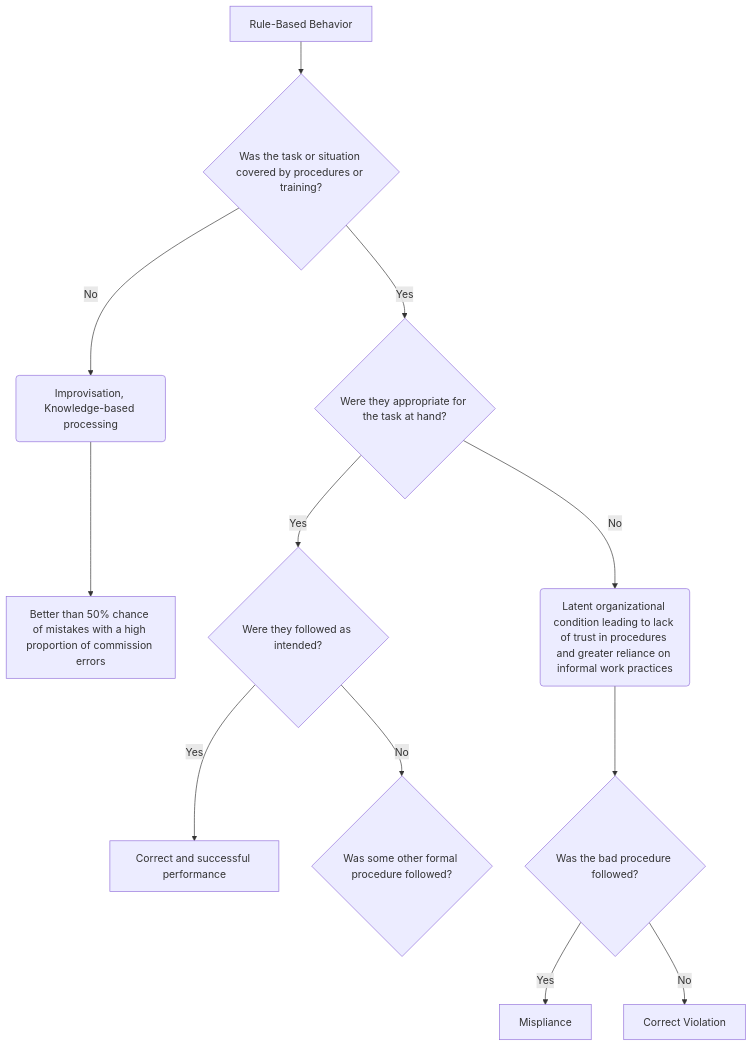
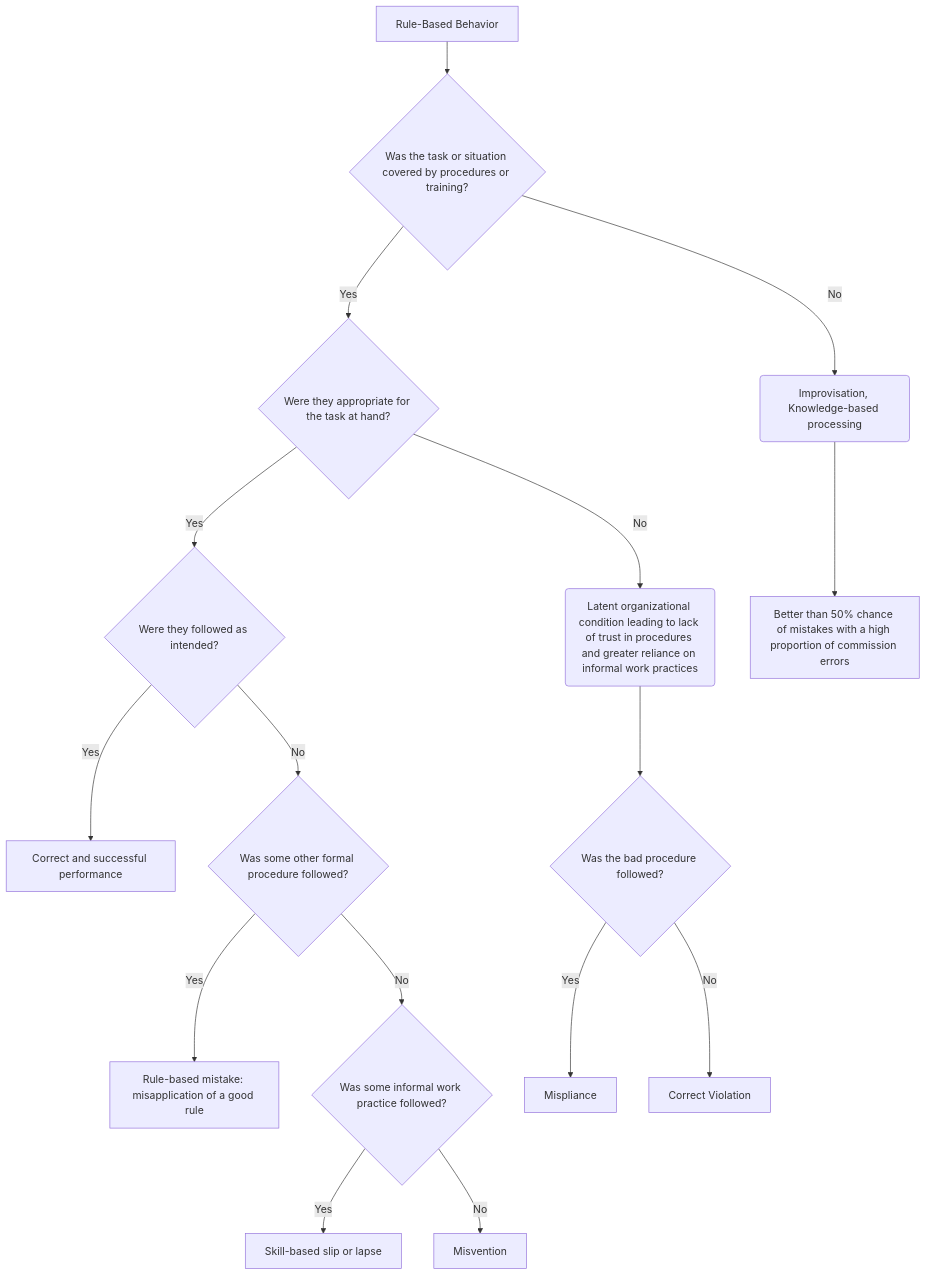
One commit to SMGarciaDBA/Regulatory-Systems-Lab changed the diagram in models/reason-rule-behavior.md. Above: the diagram before and after it, drawn with Mermaid.

````diff
--- a/models/reason-rule-behavior.md
+++ b/models/reason-rule-behavior.md
@@ -1,21 +1,25 @@
 ```mermaid
 flowchart TD
 A[Rule-Based Behavior] --> B{Was the task or situation covered by procedures or training?}
 
 B --> |Yes| C{Were they appropriate for the task at hand?}
 B --> |No| D(Improvisation, Knowledge-based processing)
 D --> E[Better than 50% chance of mistakes with a high proportion of commission errors]
 
 C --> |Yes| F{Were they followed as intended?}
 C --> |No| G(Latent organizational condition leading to lack of trust in procedures and greater reliance on informal work practices)
 
 F --> |Yes| H[Correct and successful performance]
 F --> |No| I{Was some other formal procedure followed?}
 
 G --> J{Was the bad procedure followed?}
 J -->|Yes| K[Mispliance]
 J -->|No| L[Correct Violation]
 
+I--> |Yes| M[Rule-based mistake: misapplication of a good rule]
+I --> |No| N{Was some informal work practice followed?}
 
+N --> |Yes| O[Skill-based slip or lapse]
+N --> |No| P[Misvention]
 
 ```
````
